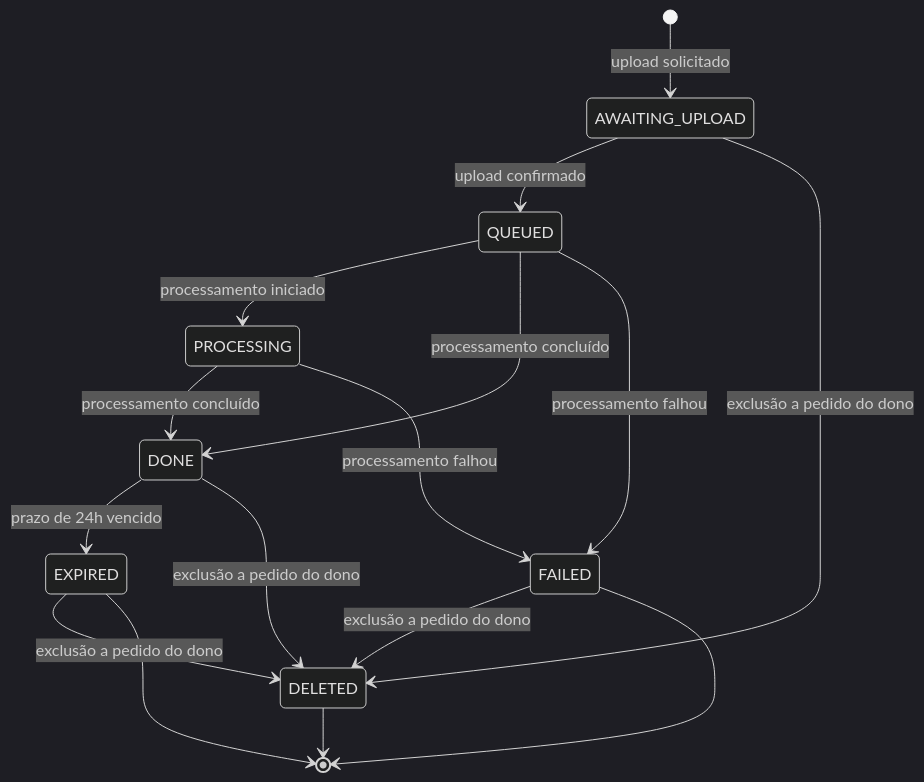
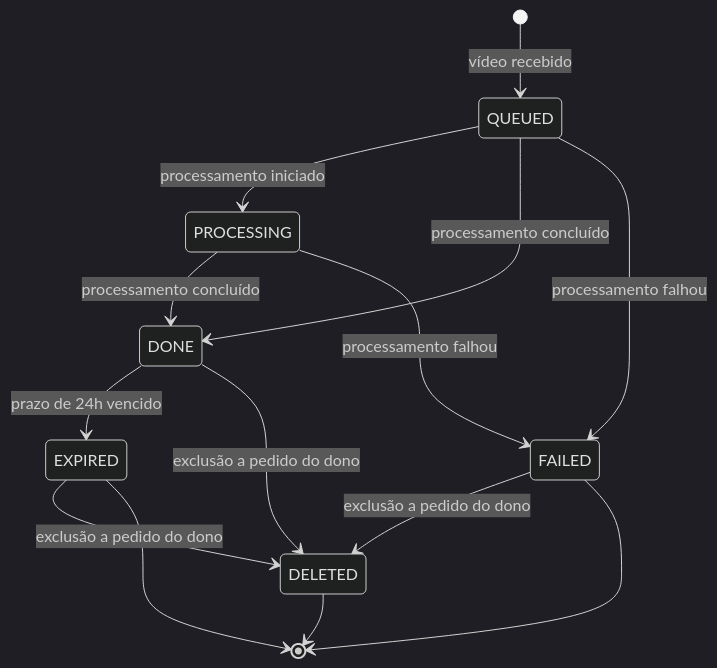
One commit to knzt/zipframes changed the second of 2 diagrams in docs/domain/dominio.md. Above: the diagram before and after it, drawn with Mermaid (dark theme). The commit also changed other lines of this file and 10 other files, not shown here.

First line of the commit message:
docs: describe the single-upload video flow

````diff
--- a/docs/domain/dominio.md
+++ b/docs/domain/dominio.md
@@ -114,18 +113,16 @@
 ```mermaid
 stateDiagram-v2
-  [*] --> AWAITING_UPLOAD: upload solicitado
-  AWAITING_UPLOAD --> QUEUED: upload confirmado
+  [*] --> QUEUED: vídeo recebido
   QUEUED --> PROCESSING: processamento iniciado
   QUEUED --> DONE: processamento concluído
   QUEUED --> FAILED: processamento falhou
   PROCESSING --> DONE: processamento concluído
   PROCESSING --> FAILED: processamento falhou
   DONE --> EXPIRED: prazo de 24h vencido
-  AWAITING_UPLOAD --> DELETED: exclusão a pedido do dono
   DONE --> DELETED: exclusão a pedido do dono
   FAILED --> DELETED: exclusão a pedido do dono
   EXPIRED --> DELETED: exclusão a pedido do dono
   EXPIRED --> [*]
   DELETED --> [*]
   FAILED --> [*]
 ```
````
